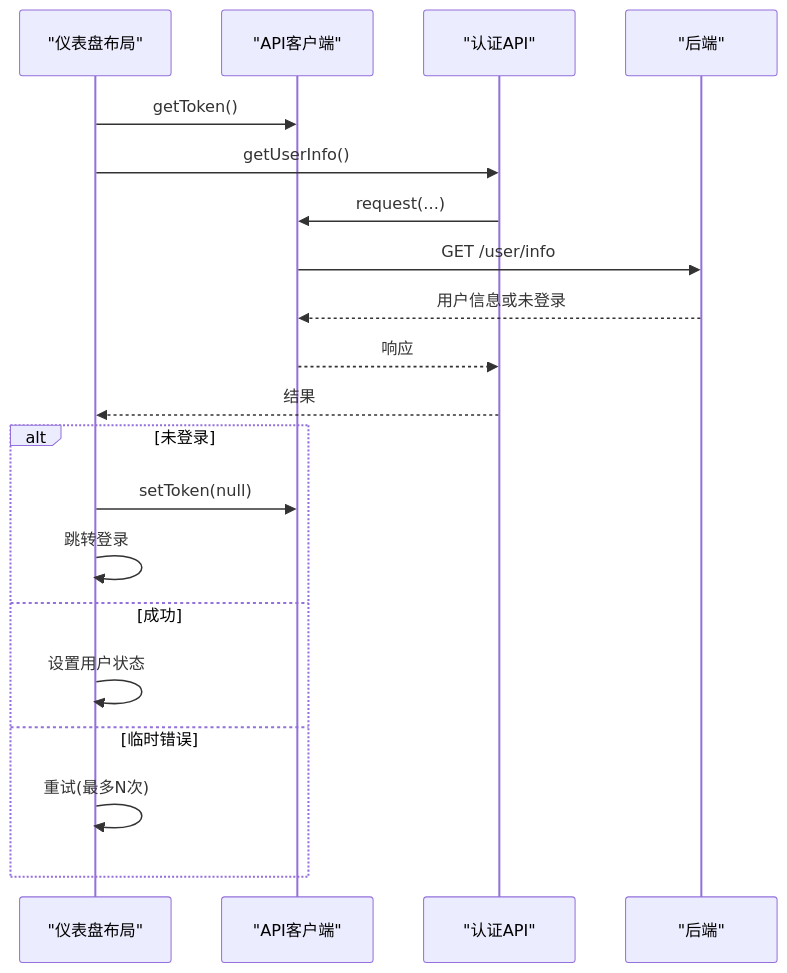
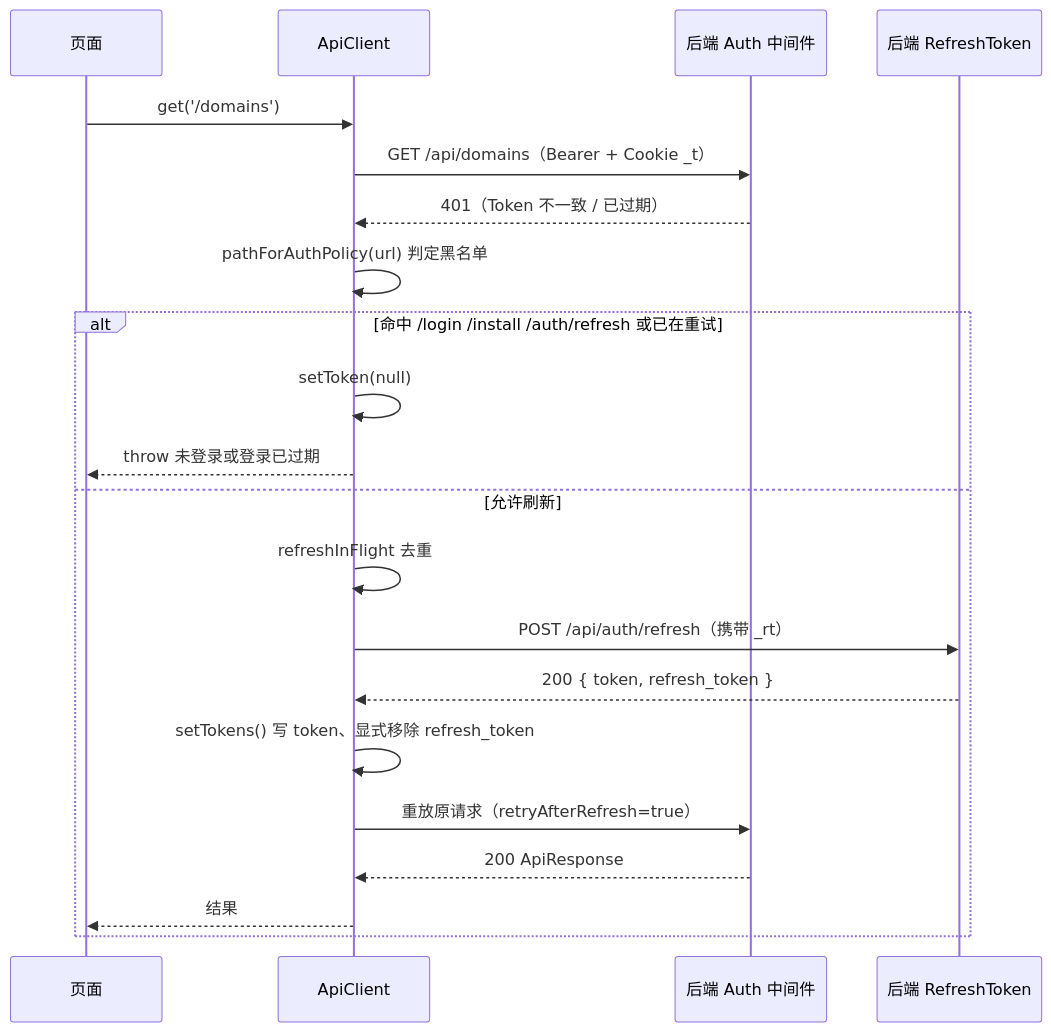
One commit to x01n/dnsplane changed the fifth of 7 diagrams in docs/前端开发指南/状态管理与API调用.md. Above: the diagram before and after it, drawn with Mermaid. The commit also changed other lines of this file and 326 other files, not shown here.

````diff
--- a/docs/前端开发指南/状态管理与API调用.md
+++ b/docs/前端开发指南/状态管理与API调用.md
@@ -220,22 +302,23 @@
 ```mermaid
 sequenceDiagram
-participant DL as "仪表盘布局"
-participant API as "API客户端"
-participant AUTH as "认证API"
-participant S as "后端"
-DL->>API : getToken()
-DL->>AUTH : getUserInfo()
-AUTH->>API : request(...)
-API->>S : GET /user/info
-S-->>API : 用户信息或未登录
-API-->>AUTH : 响应
-AUTH-->>DL : 结果
-alt 未登录
-DL->>API : setToken(null)
-DL->>DL : 跳转登录
-else 成功
-DL->>DL : 设置用户状态
-else 临时错误
-DL->>DL : 重试(最多N次)
+participant P as 页面
+participant A as ApiClient
+participant M as 后端 Auth 中间件
+participant R as 后端 RefreshToken
+P->>A : get('/domains')
+A->>M : GET /api/domains（Bearer + Cookie _t）
+M-->>A : 401（Token 不一致 / 已过期）
+A->>A : pathForAuthPolicy(url) 判定黑名单
+alt 命中 /login /install /auth/refresh 或已在重试
+A->>A : setToken(null)
+A-->>P : throw 未登录或登录已过期
+else 允许刷新
+A->>A : refreshInFlight 去重
+A->>R : POST /api/auth/refresh（携带 _rt）
+R-->>A : 200 { token, refresh_token }
+A->>A : setTokens() 写 token、显式移除 refresh_token
+A->>M : 重放原请求（retryAfterRefresh=true）
+M-->>A : 200 ApiResponse
+A-->>P : 结果
 end
 ```
````
